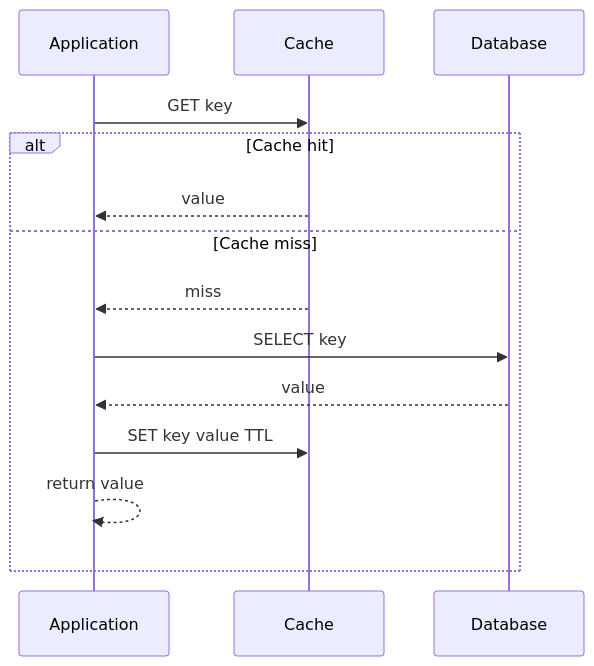
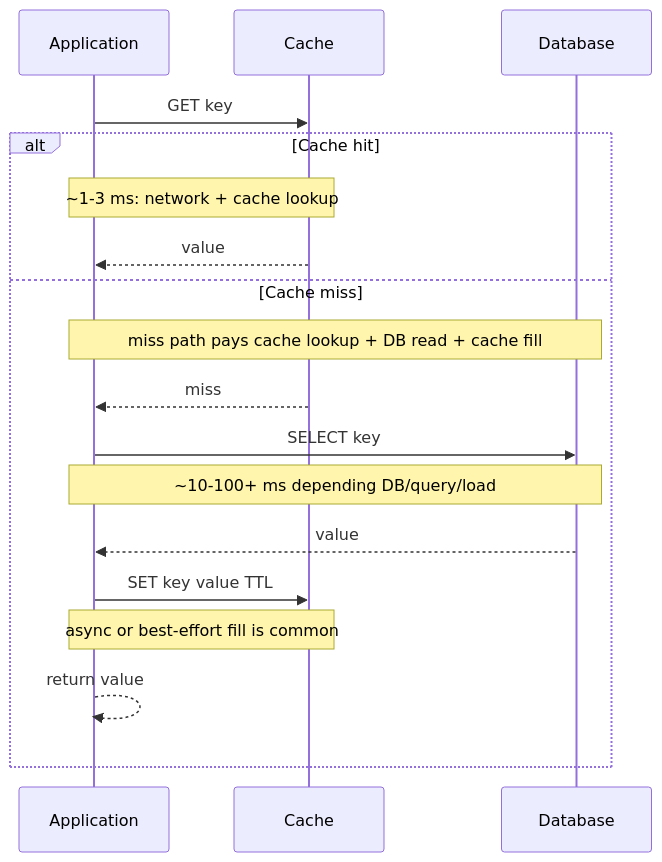
Before and after one commit to MachariaP/system-design-academy: the first of 12 diagrams in modules/03-caching-memory.md, drawn with Mermaid. The commit also changed other lines of this file, not shown here.

````diff
--- a/modules/03-caching-memory.md
+++ b/modules/03-caching-memory.md
@@ -29,17 +29,21 @@
 ```mermaid
 sequenceDiagram
     participant App as Application
     participant Cache as Cache
     participant DB as Database
 
     App->>Cache: GET key
     alt Cache hit
+        Note over App,Cache: ~1-3 ms: network + cache lookup
         Cache-->>App: value
     else Cache miss
+        Note over App,DB: miss path pays cache lookup + DB read + cache fill
         Cache-->>App: miss
         App->>DB: SELECT key
+        Note over App,DB: ~10-100+ ms depending DB/query/load
         DB-->>App: value
         App->>Cache: SET key value TTL
+        Note over App,Cache: async or best-effort fill is common
         App-->>App: return value
     end
 ```
````
